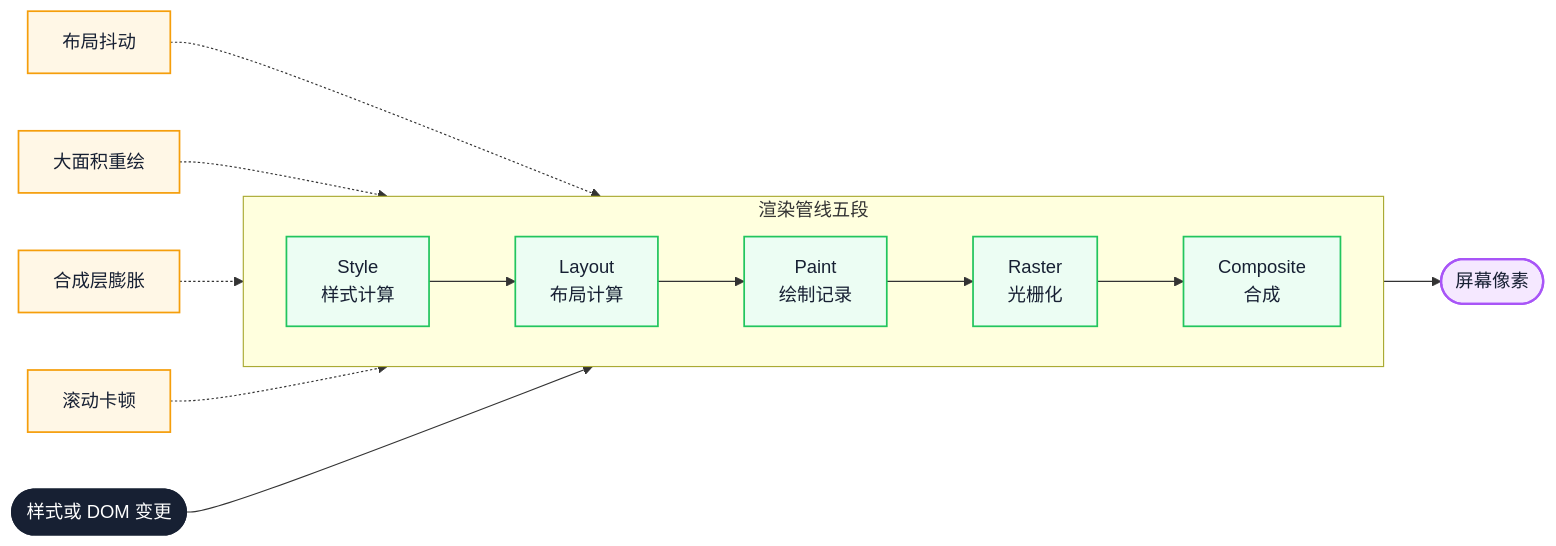
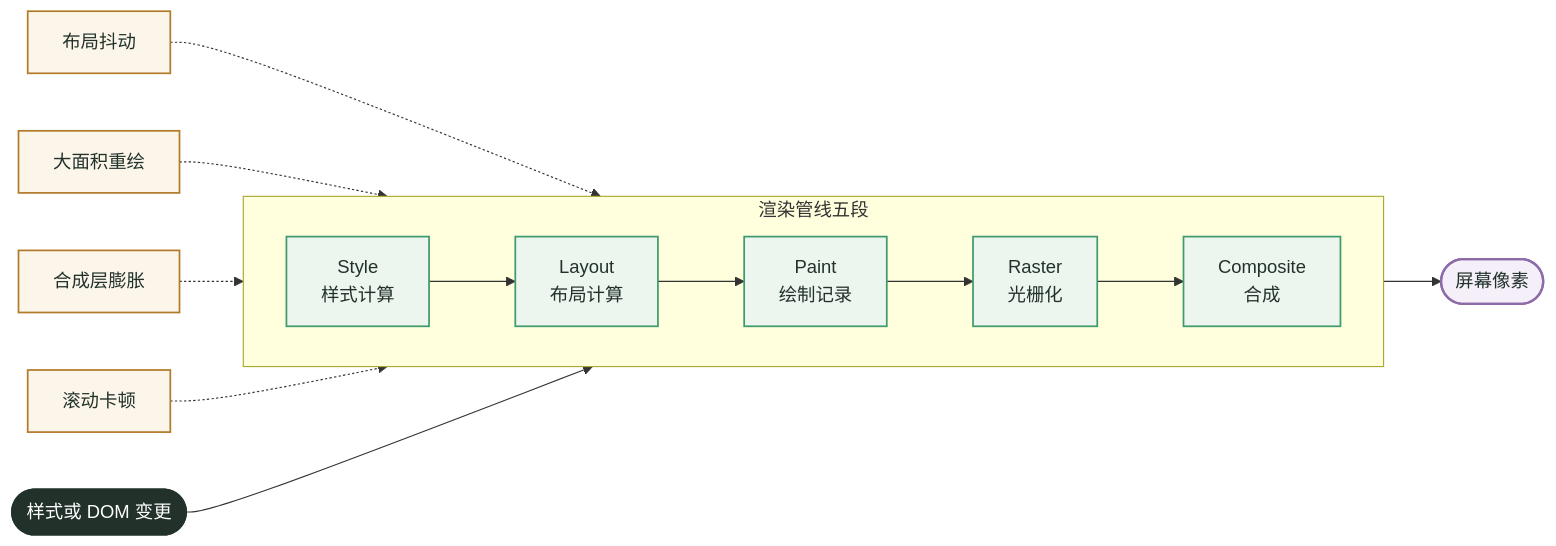
The first of 2 diagrams in docs/performance/rendering-pitfalls.md (Fatejian/frontier-vault), drawn with Mermaid before and after one commit. The commit also changed other lines of this file and 63 other files, not shown here.

````diff
--- a/docs/performance/rendering-pitfalls.md
+++ b/docs/performance/rendering-pitfalls.md
@@ -71,33 +71,33 @@
 ```mermaid
 flowchart LR
     Start([样式或 DOM 变更])
 
     subgraph Pipeline[渲染管线五段]
         direction LR
         S1["Style<br/>样式计算"]
         S2["Layout<br/>布局计算"]
         S3["Paint<br/>绘制记录"]
         S4["Raster<br/>光栅化"]
         S5["Composite<br/>合成"]
         S1 --> S2 --> S3 --> S4 --> S5
     end
 
     End([屏幕像素])
 
     Start --> Pipeline --> End
 
     P1[布局抖动] -.-> S2
     P2[大面积重绘] -.-> S3
     P3[合成层膨胀] -.-> S4
     P4[滚动卡顿] -.-> S5
 
-    classDef core fill:#172033,color:#fff,stroke:#172033,stroke-width:2px;
-    classDef block fill:#FFF7E6,stroke:#F59E0B,color:#172033,stroke-width:1.5px;
-    classDef work fill:#ECFDF3,stroke:#22C55E,color:#172033,stroke-width:1.5px;
-    classDef metric fill:#F5E8FF,stroke:#A855F7,color:#172033,stroke-width:2px;
+    classDef core fill:#22322B,color:#fff,stroke:#22322B,stroke-width:2px;
+    classDef block fill:#FBF5EA,stroke:#B27B2C,color:#22322B,stroke-width:1.5px;
+    classDef work fill:#EDF5EF,stroke:#3E9B6B,color:#22322B,stroke-width:1.5px;
+    classDef metric fill:#F4EFF8,stroke:#8E6BA8,color:#22322B,stroke-width:2px;
 
     class Start core;
     class S1,S2,S3,S4,S5 work;
     class P1,P2,P3,P4 block;
     class End metric;
 ```
````
